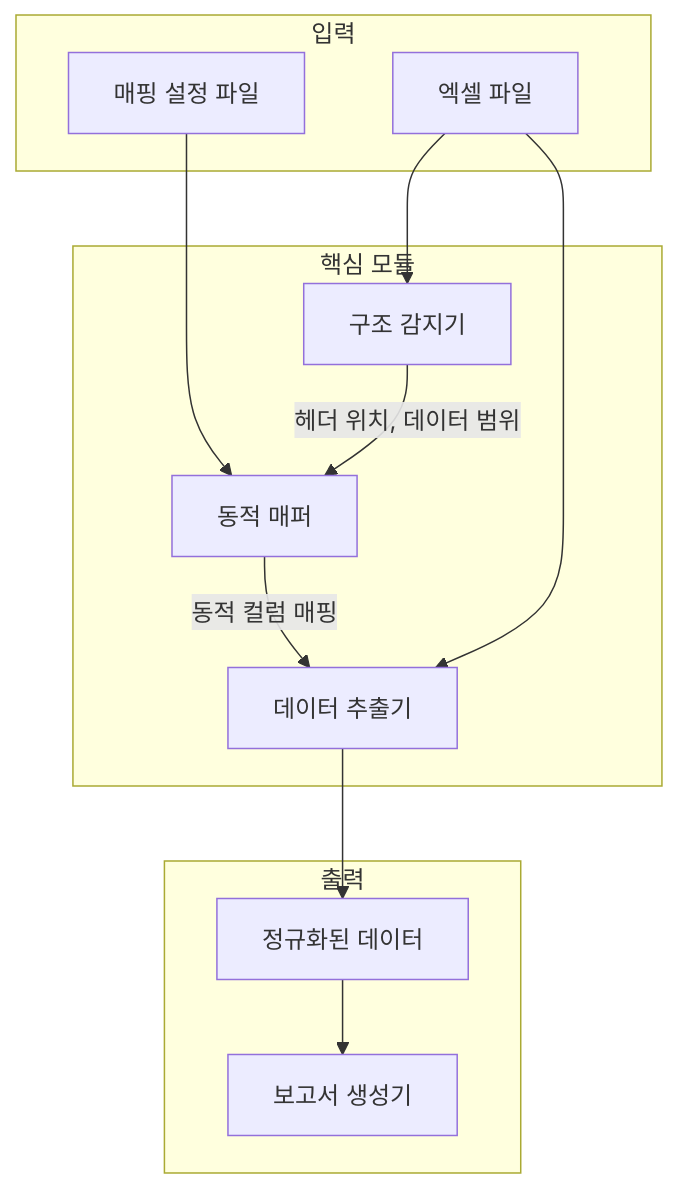
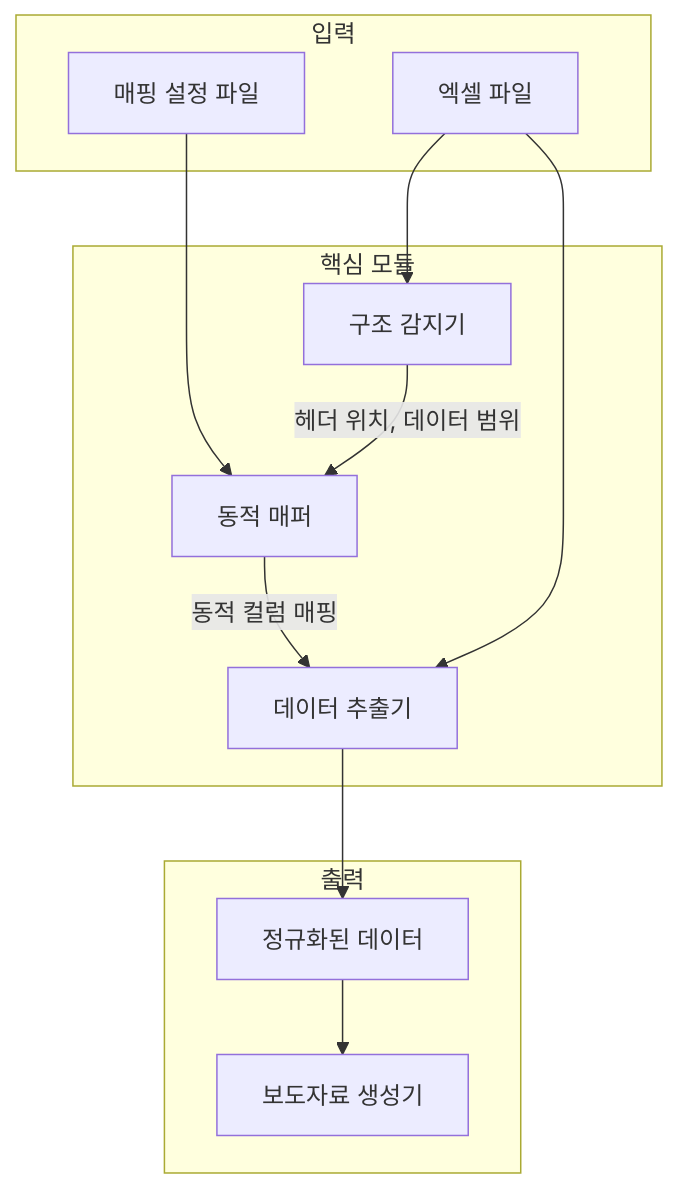
The second of 2 diagrams in docs/EXCEL_FLEXIBILITY_PLAN.md (rattopos/capstone), drawn with Mermaid before and after one commit. The commit also changed 89 other files, not shown here.

````diff
--- a/docs/EXCEL_FLEXIBILITY_PLAN.md
+++ b/docs/EXCEL_FLEXIBILITY_PLAN.md
@@ -52,26 +52,26 @@
 ```mermaid
 flowchart TB
     subgraph input [입력]
         Excel[엑셀 파일]
         Config[매핑 설정 파일]
     end
     
     subgraph core [핵심 모듈]
         Detector[구조 감지기]
         Mapper[동적 매퍼]
         Extractor[데이터 추출기]
     end
     
     subgraph output [출력]
         Data[정규화된 데이터]
-        Generator[보고서 생성기]
+        Generator[보도자료 생성기]
     end
     
     Excel --> Detector
     Config --> Mapper
     Detector --> |"헤더 위치, 데이터 범위"| Mapper
     Mapper --> |"동적 컬럼 매핑"| Extractor
     Excel --> Extractor
     Extractor --> Data
     Data --> Generator
 ```
````
